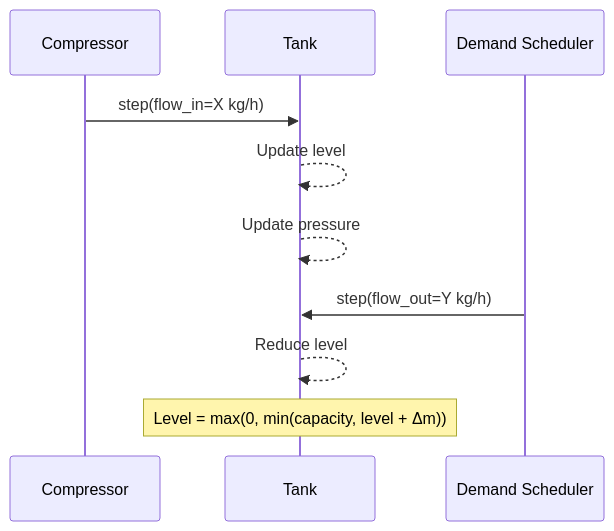
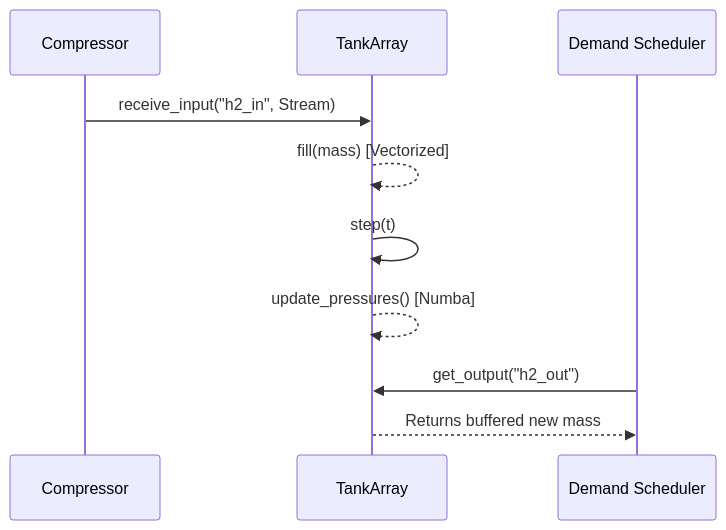
Before and after one commit to utczbr/h2_plant: the fifth of 5 diagrams in docs/diagrams/04_storage_component.md, drawn with Mermaid. The commit also changed other lines of this file and 8 other files, not shown here.

Commit message:
diagram att.

````diff
--- a/docs/diagrams/04_storage_component.md
+++ b/docs/diagrams/04_storage_component.md
@@ -95,15 +95,15 @@
 ```mermaid
 sequenceDiagram
     participant Comp as Compressor
-    participant Tank
+    participant Tank as TankArray
     participant Demand as Demand Scheduler
     
-    Comp->>Tank: step(flow_in=X kg/h)
-    Tank-->>Tank: Update level
-    Tank-->>Tank: Update pressure
+    Comp->>Tank: receive_input("h2_in", Stream)
+    Tank-->>Tank: fill(mass) [Vectorized]
     
-    Demand->>Tank: step(flow_out=Y kg/h)
-    Tank-->>Tank: Reduce level
+    Tank->>Tank: step(t)
+    Tank-->>Tank: update_pressures() [Numba]
     
-    Note over Tank: Level = max(0, min(capacity, level + Δm))
+    Demand->>Tank: get_output("h2_out")
+    Tank-->>Demand: Returns buffered new mass
 ```
````
